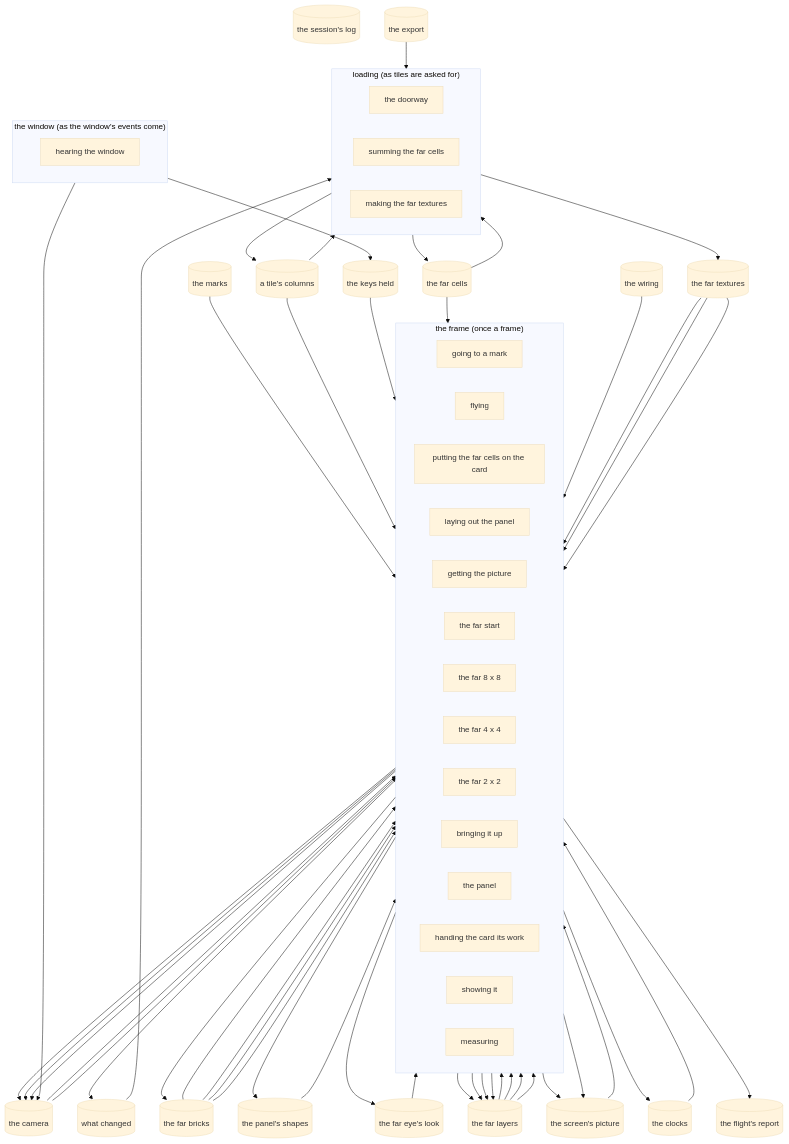
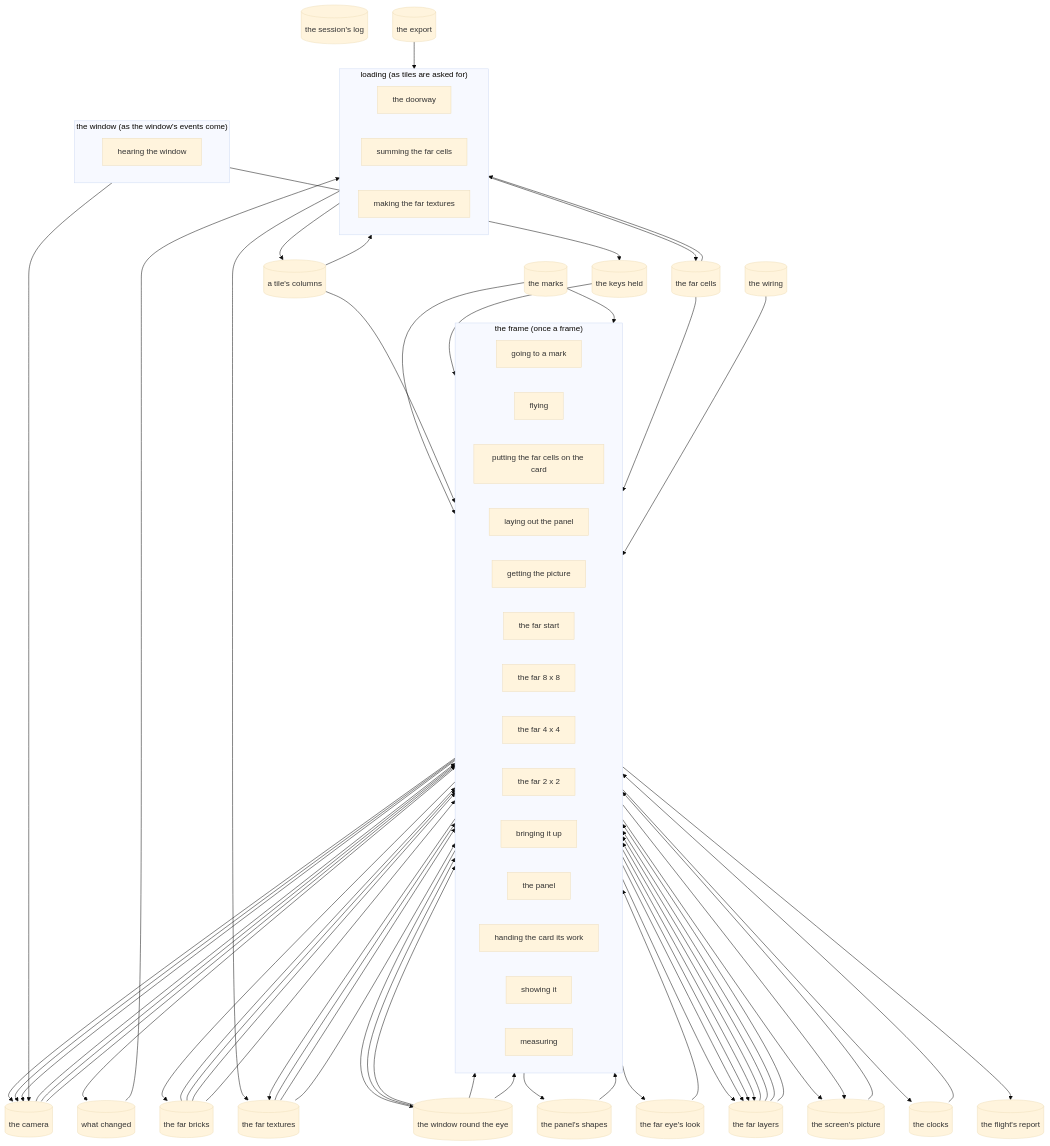
Before and after one commit to david138collins/incus-artus: the diagram in master/map.md, drawn with Mermaid (base theme). The commit also changed other lines of this file and 12 other files, not shown here.

```diff
--- a/master/map.md
+++ b/master/map.md
@@ -54,6 +54,7 @@
   store_the_far_layers[("the far layers")]
   store_the_far_eye_s_look[("the far eye's look")]
   store_the_far_textures[("the far textures")]
+  store_the_window_round_the_eye[("the window round the eye")]
   pass_hearing_the_window --> store_the_keys_held
   pass_hearing_the_window --> store_the_camera
   store_the_marks --> pass_going_to_a_mark
@@ -61,9 +62,13 @@
   pass_going_to_a_mark --> store_the_camera
   pass_going_to_a_mark --> store_what_changed
   store_the_keys_held --> pass_flying
+  store_the_marks --> pass_flying
   pass_flying --> store_the_camera
   store_the_far_cells --> pass_putting_the_far_cells_on_the_card
+  store_the_camera --> pass_putting_the_far_cells_on_the_card
   pass_putting_the_far_cells_on_the_card --> store_the_far_bricks
+  pass_putting_the_far_cells_on_the_card --> store_the_far_textures
+  pass_putting_the_far_cells_on_the_card --> store_the_window_round_the_eye
   store_the_camera --> pass_laying_out_the_panel
   store_the_clocks --> pass_laying_out_the_panel
   store_the_wiring --> pass_laying_out_the_panel
@@ -76,14 +81,17 @@
   pass_the_far_start --> store_the_far_layers
   store_the_far_bricks --> pass_the_far_8_x_8
   store_the_far_textures --> pass_the_far_8_x_8
+  store_the_window_round_the_eye --> pass_the_far_8_x_8
   store_the_far_layers --> pass_the_far_8_x_8
   pass_the_far_8_x_8 --> store_the_far_layers
   store_the_far_bricks --> pass_the_far_4_x_4
   store_the_far_textures --> pass_the_far_4_x_4
+  store_the_window_round_the_eye --> pass_the_far_4_x_4
   store_the_far_layers --> pass_the_far_4_x_4
   pass_the_far_4_x_4 --> store_the_far_layers
   store_the_far_bricks --> pass_the_far_2_x_2
   store_the_far_textures --> pass_the_far_2_x_2
+  store_the_window_round_the_eye --> pass_the_far_2_x_2
   store_the_far_layers --> pass_the_far_2_x_2
   pass_the_far_2_x_2 --> store_the_far_layers
   store_the_far_layers --> pass_bringing_it_up
@@ -91,6 +99,7 @@
   store_the_panel_s_shapes --> pass_the_panel
   pass_the_panel --> store_the_screen_s_picture
   store_the_screen_s_picture --> pass_showing_it
+  store_the_window_round_the_eye --> pass_measuring
   pass_measuring --> store_the_clocks
   pass_measuring --> store_the_flight_s_report
   store_the_export --> pass_the_doorway
```
